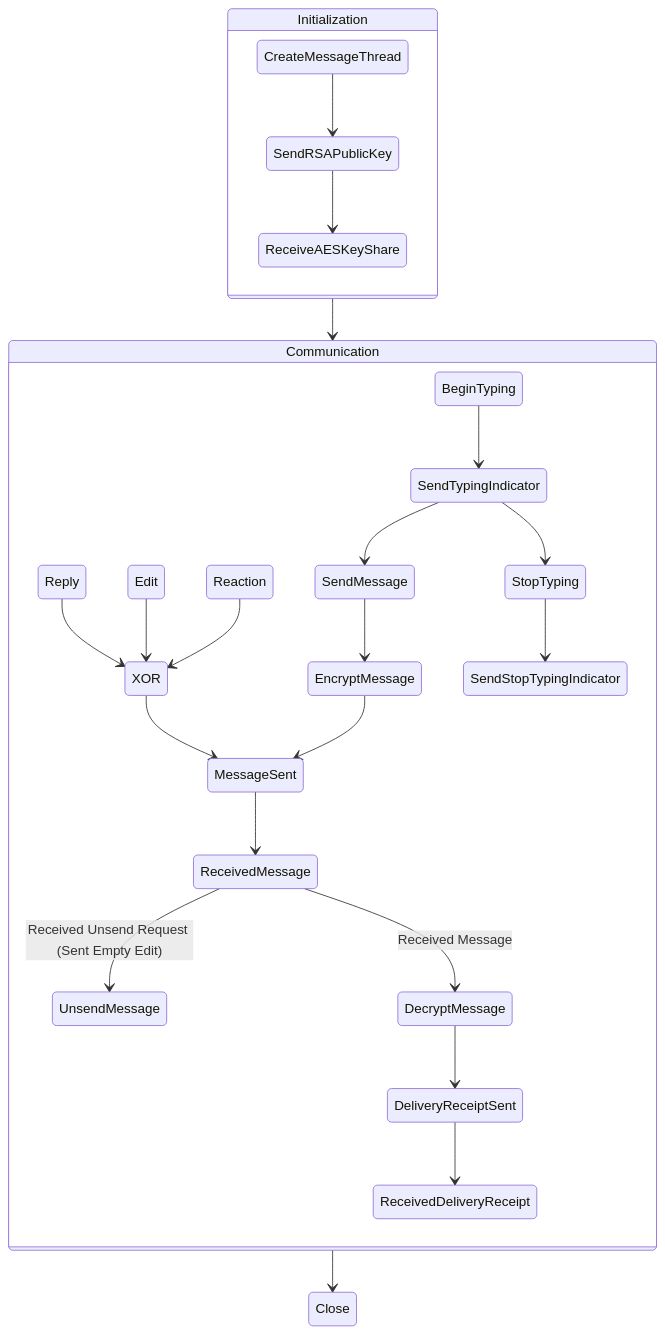
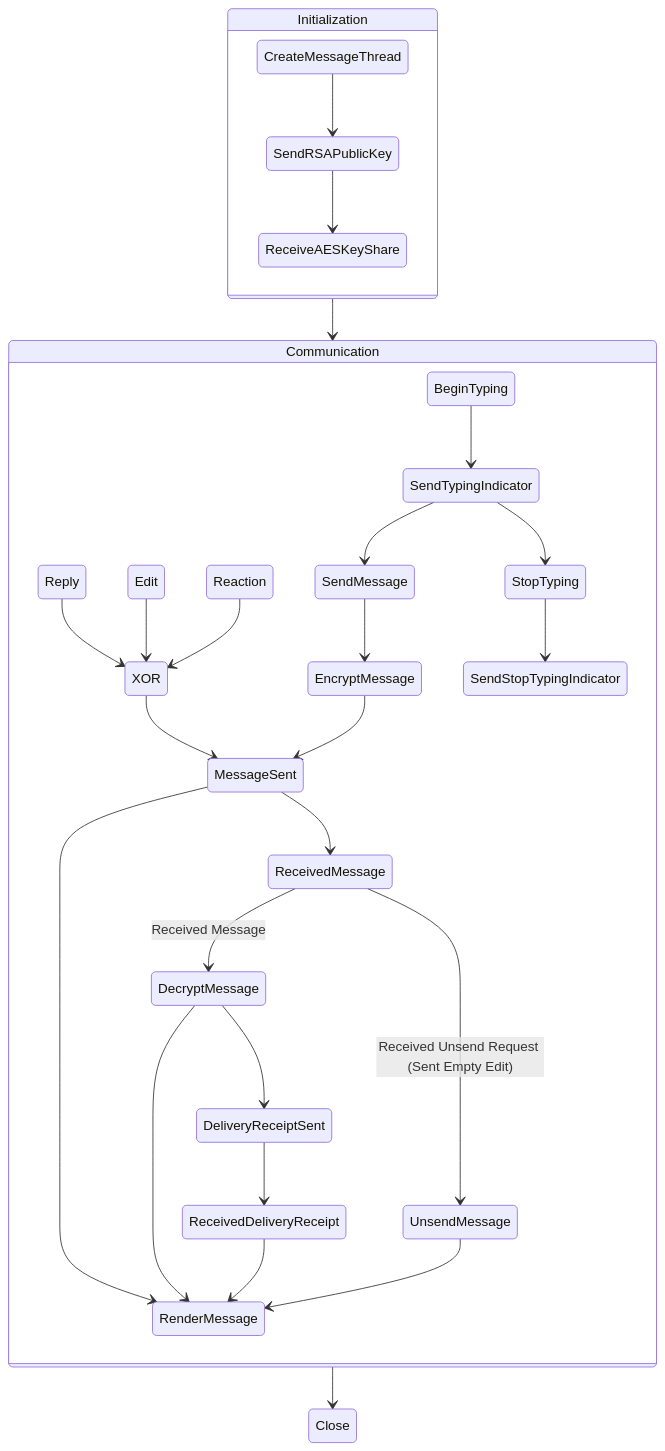
Before and after one commit to xXCrash2BomberXx/TinyChat: the fourth of 4 diagrams in 4+1.md, drawn with Mermaid.

````diff
--- a/4+1.md
+++ b/4+1.md
@@ -104,26 +104,30 @@
 ```mermaid
 stateDiagram
   state Initialization {
     CreateMessageThread --> SendRSAPublicKey
     SendRSAPublicKey --> ReceiveAESKeyShare
   }
   state Communication {
     Reply --> XOR
     Edit --> XOR
     Reaction --> XOR
     XOR --> MessageSent
     BeginTyping --> SendTypingIndicator
     SendTypingIndicator --> SendMessage
     SendMessage --> EncryptMessage
     EncryptMessage --> MessageSent
     MessageSent --> ReceivedMessage
     ReceivedMessage --> UnsendMessage: Received Unsend Request (Sent Empty Edit)
     ReceivedMessage --> DecryptMessage: Received Message
     DecryptMessage --> DeliveryReceiptSent
     DeliveryReceiptSent --> ReceivedDeliveryReceipt
     SendTypingIndicator --> StopTyping
     StopTyping --> SendStopTypingIndicator
+    MessageSent --> RenderMessage
+    DecryptMessage --> RenderMessage
+    ReceivedDeliveryReceipt --> RenderMessage
+    UnsendMessage --> RenderMessage
   }
   Initialization --> Communication
   Communication --> Close
 ```
````
